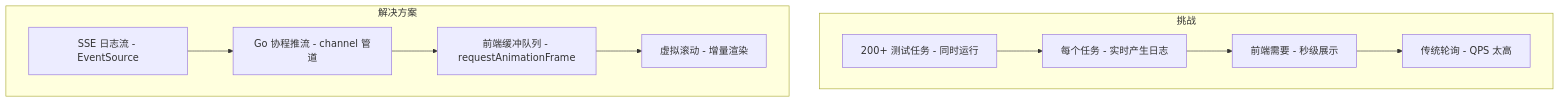
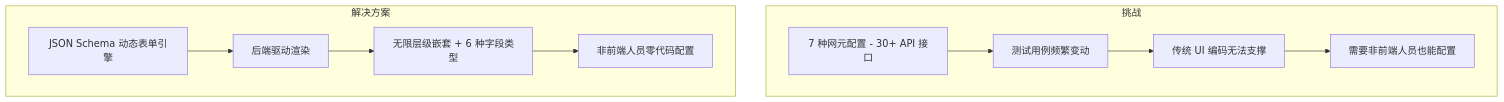
One commit to KMaybe01/common changed diagram 49 of 58 in S4-面试冲刺/02-简历问题.md. Above: the diagram before and after it, drawn with Mermaid. The commit also changed other lines of this file and 12 other files, not shown here.

````diff
--- a/S4-面试冲刺/02-简历问题.md
+++ b/S4-面试冲刺/02-简历问题.md
@@ -5881,14 +6142,14 @@
 ```mermaid
 flowchart TD
   subgraph "挑战"
-    C1["200+ 测试任务 - 同时运行"] --> C2["每个任务 - 实时产生日志"]
-    C2 --> C3["前端需要 - 秒级展示"]
-    C3 --> C4["传统轮询 - QPS 太高"]
+    C1["7 种网元配置 - 30+ API 接口"] --> C2["测试用例频繁变动"]
+    C2 --> C3["传统 UI 编码无法支撑"]
+    C3 --> C4["需要非前端人员也能配置"]
   end
 
   subgraph "解决方案"
-    S1["SSE 日志流 - EventSource"] --> S2["Go 协程推流 - channel 管道"]
-    S2 --> S3["前端缓冲队列 - requestAnimationFrame"]
-    S3 --> S4["虚拟滚动 - 增量渲染"]
+    S1["JSON Schema 动态表单引擎"] --> S2["后端驱动渲染"]
+    S2 --> S3["无限层级嵌套 + 6 种字段类型"]
+    S3 --> S4["非前端人员零代码配置"]
   end
 ```
````
